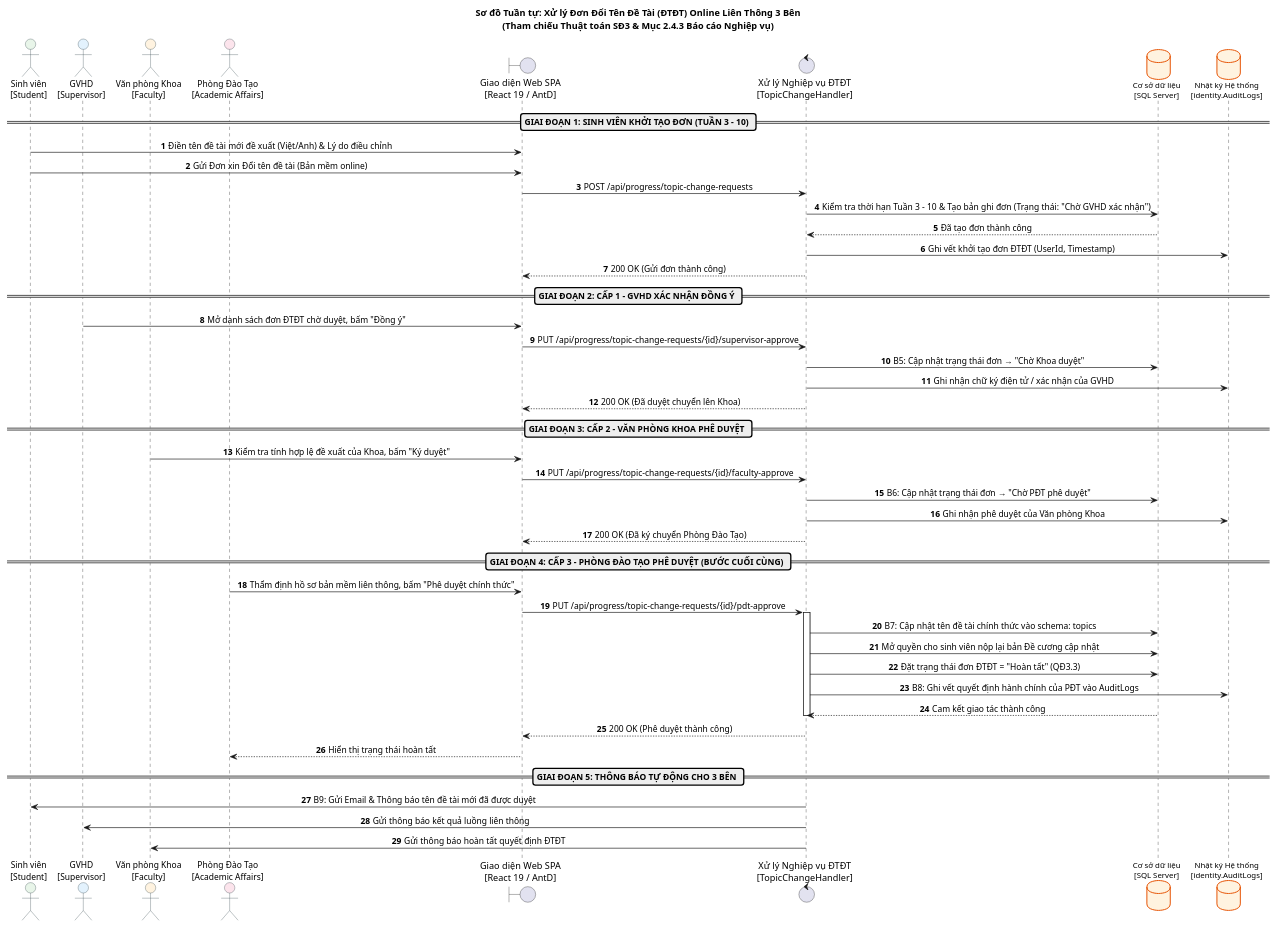
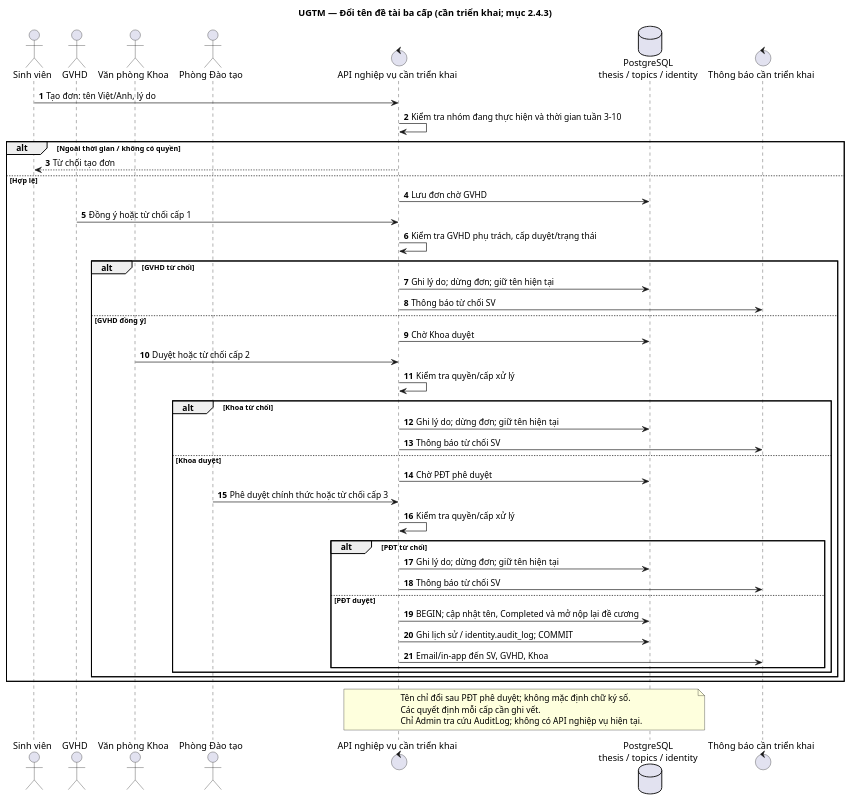
The diagram in docs/PlantUML/Sequences/SD3_DoiTenDeTai_3Ben.puml (karasuma-2401/UGTM), drawn with PlantUML before and after one commit. The commit also changed 324 other files, not shown here.

```diff
--- a/docs/PlantUML/Sequences/SD3_DoiTenDeTai_3Ben.puml
+++ b/docs/PlantUML/Sequences/SD3_DoiTenDeTai_3Ben.puml
@@ -1,82 +1,50 @@
 @startuml SD3_DoiTenDeTai_3Ben
+skinparam shadowing false
 autonumber
-skinparam roundcorner 8
-skinparam shadowing false
-skinparam sequenceMessageAlign center
-
-skinparam actor {
-    BackgroundColor #F5F5F5
-    BorderColor #37474F
-    FontName Arial
-    FontSize 13
-}
-
-skinparam participant {
-    BackgroundColor #FFFFFF
-    BorderColor #1E88E5
-    FontName Arial
-    FontSize 12
-}
-
-skinparam database {
-    BackgroundColor #FFF3E0
-    BorderColor #E65100
-    FontName Arial
-    FontSize 12
-}
-
-title Sơ đồ Tuần tự: Xử lý Đơn Đổi Tên Đề Tài (ĐTĐT) Online Liên Thông 3 Bên\n(Tham chiếu Thuật toán SĐ3 & Mục 2.4.3 Báo cáo Nghiệp vụ)
-
-actor "Sinh viên\n[Student]" as Student #E8F5E9
-actor "GVHD\n[Supervisor]" as Supervisor #E3F2FD
-actor "Văn phòng Khoa\n[Faculty]" as Faculty #FFF3E0
-actor "Phòng Đào Tạo\n[Academic Affairs]" as PDT #FCE4EC
-boundary "Giao diện Web SPA\n[React 19 / AntD]" as SPA
-control "Xử lý Nghiệp vụ ĐTĐT\n[TopicChangeHandler]" as Handler
-database "Cơ sở dữ liệu\n[SQL Server]" as DB
-database "Nhật ký Hệ thống\n[identity.AuditLogs]" as Audit
-
-== GIAI ĐOẠN 1: SINH VIÊN KHỞI TẠO ĐƠN (TUẦN 3 - 10) ==
-Student -> SPA: Điền tên đề tài mới đề xuất (Việt/Anh) & Lý do điều chỉnh
-Student -> SPA: Gửi Đơn xin Đổi tên đề tài (Bản mềm online)
-SPA -> Handler: POST /api/progress/topic-change-requests
-Handler -> DB: Kiểm tra thời hạn Tuần 3 - 10 & Tạo bản ghi đơn (Trạng thái: "Chờ GVHD xác nhận")
-DB --> Handler: Đã tạo đơn thành công
-Handler -> Audit: Ghi vết khởi tạo đơn ĐTĐT (UserId, Timestamp)
-Handler --> SPA: 200 OK (Gửi đơn thành công)
-
-== GIAI ĐOẠN 2: CẤP 1 - GVHD XÁC NHẬN ĐỒNG Ý ==
-Supervisor -> SPA: Mở danh sách đơn ĐTĐT chờ duyệt, bấm "Đồng ý"
-SPA -> Handler: PUT /api/progress/topic-change-requests/{id}/supervisor-approve
-Handler -> DB: B5: Cập nhật trạng thái đơn → "Chờ Khoa duyệt"
-Handler -> Audit: Ghi nhận chữ ký điện tử / xác nhận của GVHD
-Handler --> SPA: 200 OK (Đã duyệt chuyển lên Khoa)
-
-== GIAI ĐOẠN 3: CẤP 2 - VĂN PHÒNG KHOA PHÊ DUYỆT ==
-Faculty -> SPA: Kiểm tra tính hợp lệ đề xuất của Khoa, bấm "Ký duyệt"
-SPA -> Handler: PUT /api/progress/topic-change-requests/{id}/faculty-approve
-Handler -> DB: B6: Cập nhật trạng thái đơn → "Chờ PĐT phê duyệt"
-Handler -> Audit: Ghi nhận phê duyệt của Văn phòng Khoa
-Handler --> SPA: 200 OK (Đã ký chuyển Phòng Đào Tạo)
-
-== GIAI ĐOẠN 4: CẤP 3 - PHÒNG ĐÀO TẠO PHÊ DUYỆT (BƯỚC CUỐI CÙNG) ==
-PDT -> SPA: Thẩm định hồ sơ bản mềm liên thông, bấm "Phê duyệt chính thức"
-SPA -> Handler: PUT /api/progress/topic-change-requests/{id}/pdt-approve
-activate Handler
-
-Handler -> DB: B7: Cập nhật tên đề tài chính thức vào schema: topics
-Handler -> DB: Mở quyền cho sinh viên nộp lại bản Đề cương cập nhật
-Handler -> DB: Đặt trạng thái đơn ĐTĐT = "Hoàn tất" (QĐ3.3)
-Handler -> Audit: B8: Ghi vết quyết định hành chính của PĐT vào AuditLogs
-DB --> Handler: Cam kết giao tác thành công
-deactivate Handler
-
-Handler --> SPA: 200 OK (Phê duyệt thành công)
-SPA --> PDT: Hiển thị trạng thái hoàn tất
-
-== GIAI ĐOẠN 5: THÔNG BÁO TỰ ĐỘNG CHO 3 BÊN ==
-Handler -> Student: B9: Gửi Email & Thông báo tên đề tài mới đã được duyệt
-Handler -> Supervisor: Gửi thông báo kết quả luồng liên thông
-Handler -> Faculty: Gửi thông báo hoàn tất quyết định ĐTĐT
-
+title UGTM — Đổi tên đề tài ba cấp (cần triển khai; mục 2.4.3)
+actor "Sinh viên" as SV
+actor "GVHD" as Advisor
+actor "Văn phòng Khoa" as Faculty
+actor "Phòng Đào tạo" as AA
+control "API nghiệp vụ cần triển khai" as API
+database "PostgreSQL\nthesis / topics / identity" as DB
+control "Thông báo cần triển khai" as Noti
+SV -> API : Tạo đơn: tên Việt/Anh, lý do
+API -> API : Kiểm tra nhóm đang thực hiện và thời gian tuần 3–10
+alt Ngoài thời gian / không có quyền
+ API --> SV : Từ chối tạo đơn
+else Hợp lệ
+ API -> DB : Lưu đơn chờ GVHD
+ Advisor -> API : Đồng ý hoặc từ chối cấp 1
+ API -> API : Kiểm tra GVHD phụ trách, cấp duyệt/trạng thái
+ alt GVHD từ chối
+  API -> DB : Ghi lý do; dừng đơn; giữ tên hiện tại
+  API -> Noti : Thông báo từ chối SV
+ else GVHD đồng ý
+  API -> DB : Chờ Khoa duyệt
+  Faculty -> API : Duyệt hoặc từ chối cấp 2
+  API -> API : Kiểm tra quyền/cấp xử lý
+  alt Khoa từ chối
+   API -> DB : Ghi lý do; dừng đơn; giữ tên hiện tại
+   API -> Noti : Thông báo từ chối SV
+  else Khoa duyệt
+   API -> DB : Chờ PĐT phê duyệt
+   AA -> API : Phê duyệt chính thức hoặc từ chối cấp 3
+   API -> API : Kiểm tra quyền/cấp xử lý
+   alt PĐT từ chối
+    API -> DB : Ghi lý do; dừng đơn; giữ tên hiện tại
+    API -> Noti : Thông báo từ chối SV
+   else PĐT duyệt
+    API -> DB : BEGIN; cập nhật tên, Completed và mở nộp lại đề cương
+    API -> DB : Ghi lịch sử / identity.audit_log; COMMIT
+    API -> Noti : Email/in-app đến SV, GVHD, Khoa
+   end
+  end
+ end
+end
+note over API,DB
+Tên chỉ đổi sau PĐT phê duyệt; không mặc định chữ ký số.
+Các quyết định mỗi cấp cần ghi vết.
+Chỉ Admin tra cứu AuditLog; không có API nghiệp vụ hiện tại.
+end note
 @enduml
```
